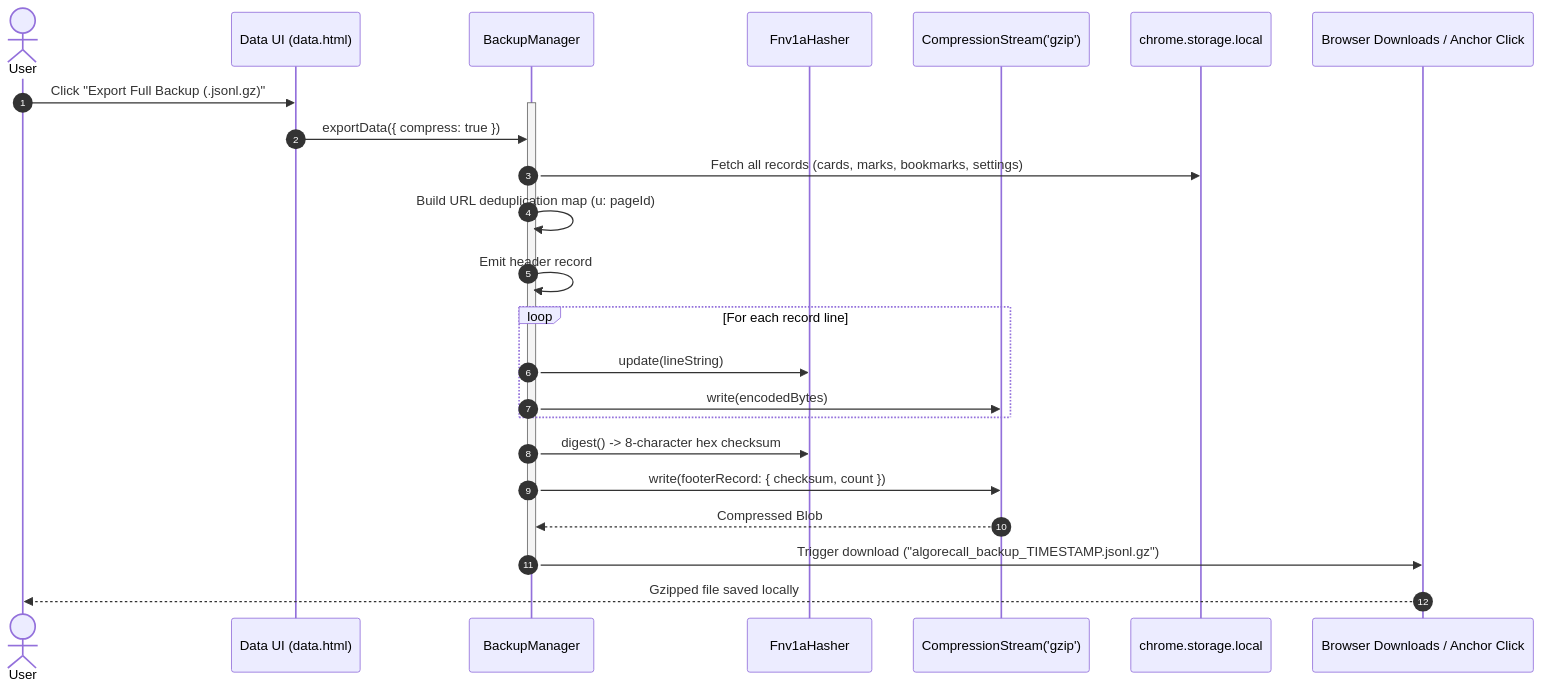
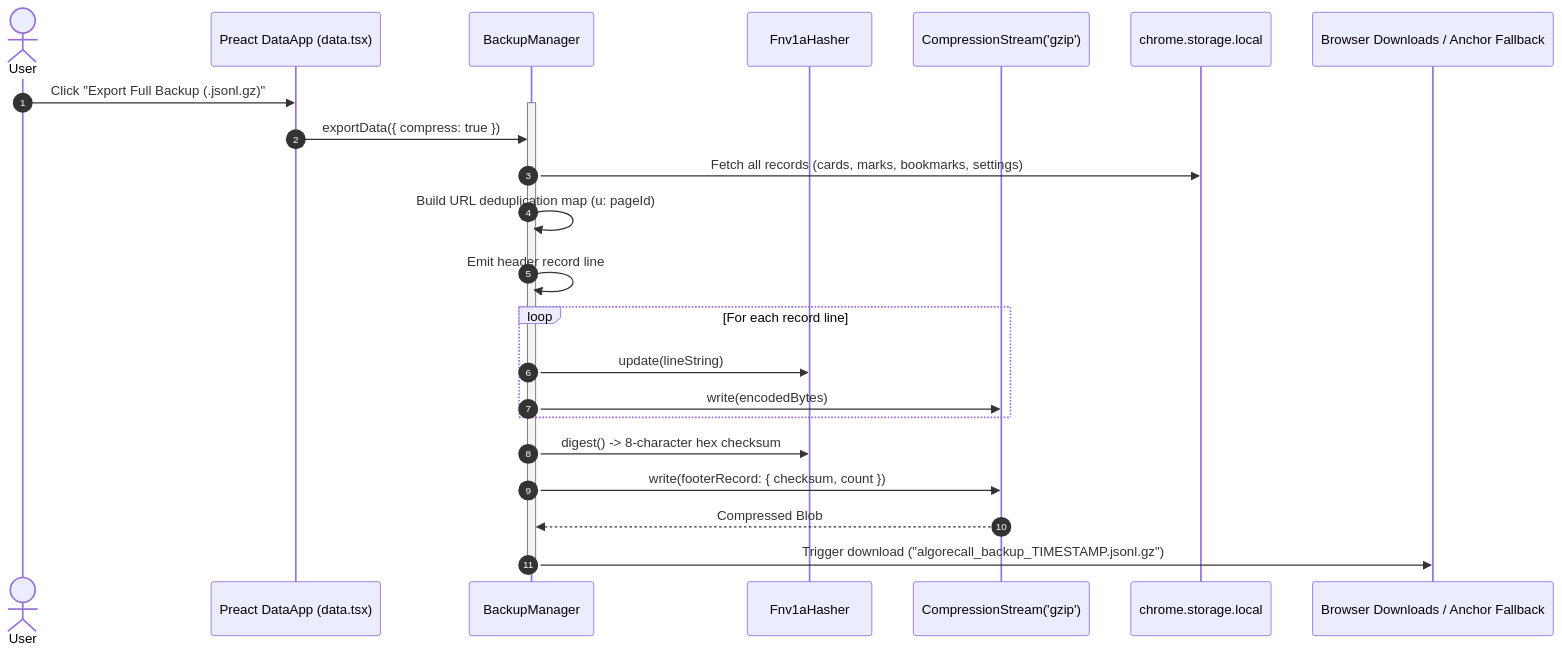
One commit to sdeanmol/algomonster-fsrs-extension changed the diagram in docs/features/common.md. Above: the diagram before and after it, drawn with Mermaid. The commit also changed other lines of this file and 11 other files, not shown here.

````diff
--- a/docs/features/common.md
+++ b/docs/features/common.md
@@ -35,28 +70,27 @@
 ```mermaid
 sequenceDiagram
     autonumber
     actor User
-    participant Page as Data UI (data.html)
+    participant Page as Preact DataApp (data.tsx)
     participant BM as BackupManager
     participant Hash as Fnv1aHasher
     participant Stream as CompressionStream('gzip')
-    participant ST as chrome.storage.local
-    participant DL as Browser Downloads / Anchor Click
+    participant Storage as chrome.storage.local
+    participant Download as Browser Downloads / Anchor Fallback
 
     User->>Page: Click "Export Full Backup (.jsonl.gz)"
     activate BM
     Page->>BM: exportData({ compress: true })
-    BM->>ST: Fetch all records (cards, marks, bookmarks, settings)
+    BM->>Storage: Fetch all records (cards, marks, bookmarks, settings)
     BM->>BM: Build URL deduplication map (u: pageId)
-    BM->>BM: Emit header record
+    BM->>BM: Emit header record line
     loop For each record line
         BM->>Hash: update(lineString)
         BM->>Stream: write(encodedBytes)
     end
     BM->>Hash: digest() -> 8-character hex checksum
     BM->>Stream: write(footerRecord: { checksum, count })
     Stream-->>BM: Compressed Blob
-    BM->>DL: Trigger download ("algorecall_backup_TIMESTAMP.jsonl.gz")
+    BM->>Download: Trigger download ("algorecall_backup_TIMESTAMP.jsonl.gz")
     deactivate BM
-    DL-->>User: Gzipped file saved locally
 ```
````
